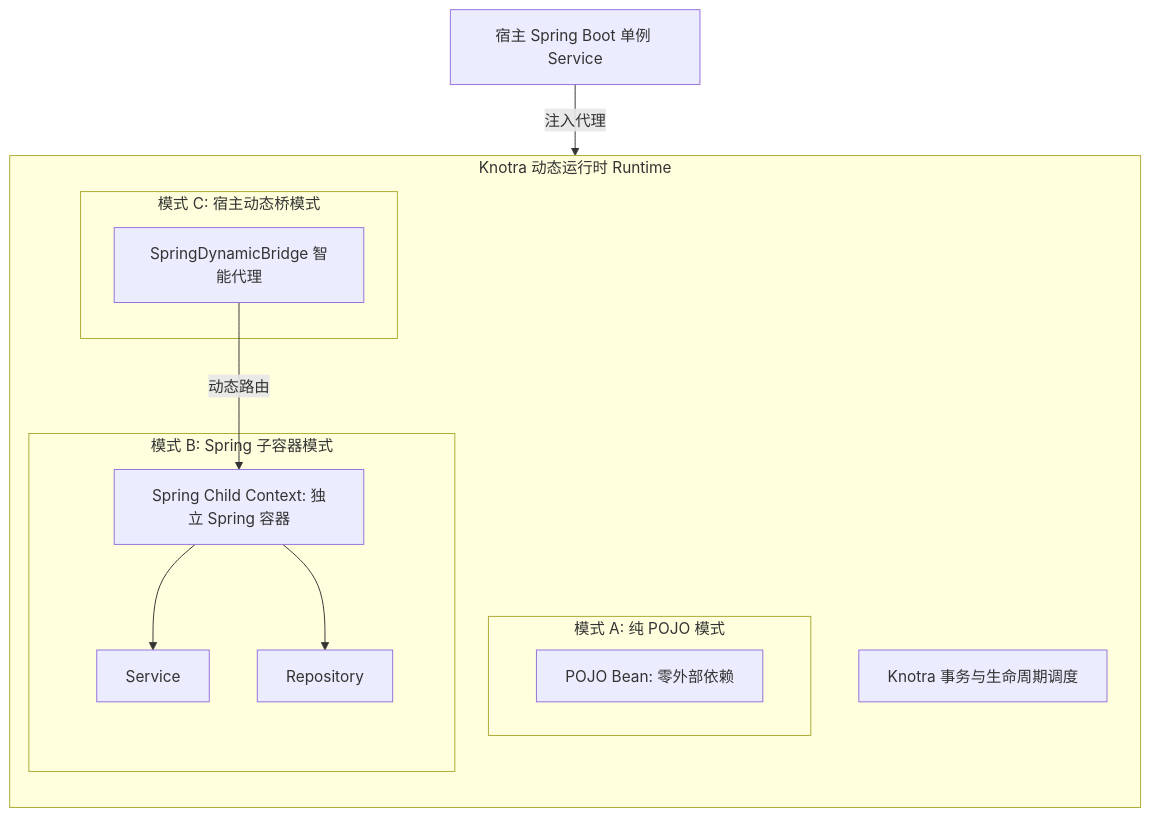
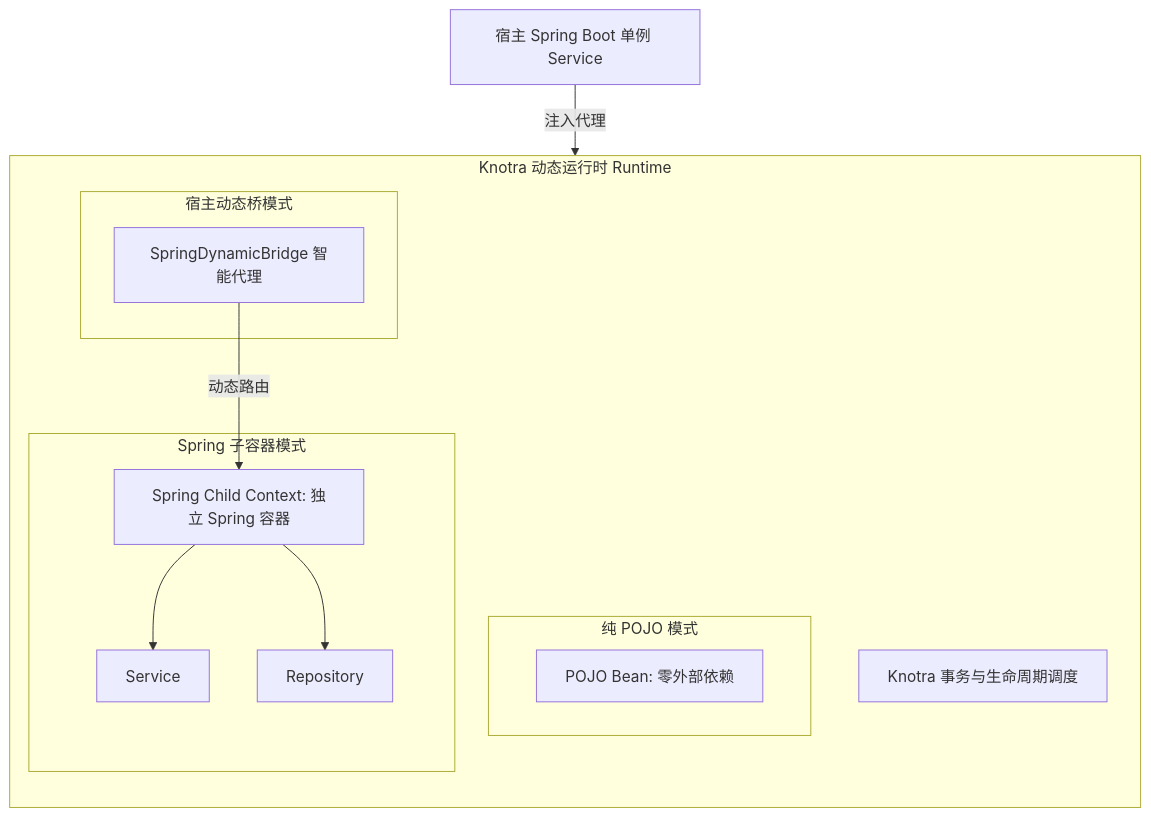
One commit to fjay/knotra changed the first of 4 diagrams in docs/Knotra Beans 与 Spring 集成指南.md. Above: the diagram before and after it, drawn with Mermaid. The commit also changed other lines of this file and 7 other files, not shown here.

````diff
--- a/docs/Knotra Beans 与 Spring 集成指南.md
+++ b/docs/Knotra Beans 与 Spring 集成指南.md
@@ -22,24 +22,24 @@
 ```mermaid
 graph TB
     subgraph knotra_runtime ["Knotra 动态运行时 Runtime"]
         direction TB
         K["Knotra 事务与生命周期调度"]
 
-        subgraph mode_pojo ["模式 A: 纯 POJO 模式"]
+        subgraph mode_pojo ["纯 POJO 模式"]
             P["POJO Bean: 零外部依赖"]
         end
 
-        subgraph mode_spring ["模式 B: Spring 子容器模式"]
+        subgraph mode_spring ["Spring 子容器模式"]
             SC["Spring Child Context: 独立 Spring 容器"]
             SC --> B1["Service"]
             SC --> B2["Repository"]
         end
 
-        subgraph mode_bridge ["模式 C: 宿主动态桥模式"]
+        subgraph mode_bridge ["宿主动态桥模式"]
             SDB["SpringDynamicBridge 智能代理"]
         end
     end
 
     HostSpring["宿主 Spring Boot 单例 Service"] -->|注入代理| SDB
     SDB -->|动态路由| SC
 ```
````
